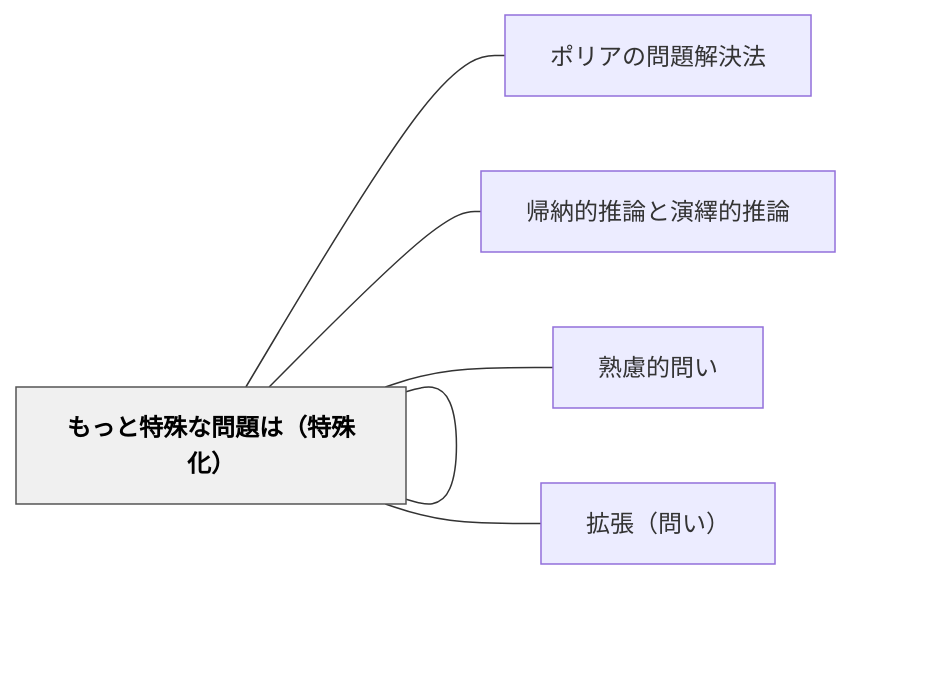
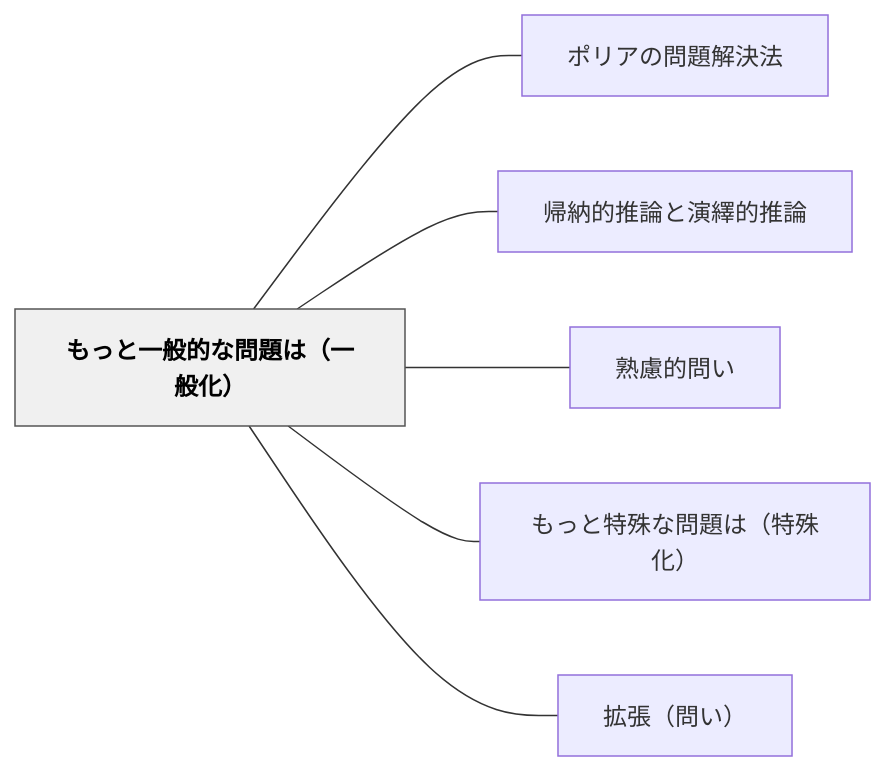
One commit to unknownthings-ed-patterns/unknownthings-ed-patterns changed the diagram in content/パタン/もっと一般的な問題は（一般化）.md. Above: the diagram before and after it, drawn with Mermaid. The commit also changed 527 other files, not shown here.

````diff
--- a/content/パタン/もっと一般的な問題は（一般化）.md
+++ b/content/パタン/もっと一般的な問題は（一般化）.md
@@ -54,18 +54,18 @@
 ```mermaid
 flowchart LR
-    ne38282e381a3["もっと一般的な問題は（一般化）"]
-    ne3839de383aa["ポリアの問題解決法"]
-    ne5b8b0e7b48d["帰納的推論と演繹的推論"]
-    ne7869fe685ae["熟慮的問い"]
-    ne38282e381a3["もっと特殊な問題は（特殊化）"]
-    ne68ba1e5bcb5["拡張（問い）"]
+    ne38282e381a3e381a8e4b880e888ace79a84e381aae5958fe9a18ce381afefbc88e4b880e888ace58c96efbc89["もっと一般的な問題は（一般化）"]
+    ne3839de383aae382a2e381aee5958fe9a18ce8a7a3e6b1bae6b395["ポリアの問題解決法"]
+    ne5b8b0e7b48de79a84e68ea8e8ab96e381a8e6bc94e7b9b9e79a84e68ea8e8ab96["帰納的推論と演繹的推論"]
+    ne7869fe685aee79a84e5958fe38184["熟慮的問い"]
+    ne38282e381a3e381a8e789b9e6ae8ae381aae5958fe9a18ce381afefbc88e789b9e6ae8ae58c96efbc89["もっと特殊な問題は（特殊化）"]
+    ne68ba1e5bcb5efbc88e5958fe38184efbc89["拡張（問い）"]
 
-    ne38282e381a3 --- ne3839de383aa
-    ne38282e381a3 --- ne5b8b0e7b48d
-    ne38282e381a3 --- ne7869fe685ae
-    ne38282e381a3 --- ne38282e381a3
-    ne38282e381a3 --- ne68ba1e5bcb5
+    ne38282e381a3e381a8e4b880e888ace79a84e381aae5958fe9a18ce381afefbc88e4b880e888ace58c96efbc89 --- ne3839de383aae382a2e381aee5958fe9a18ce8a7a3e6b1bae6b395
+    ne38282e381a3e381a8e4b880e888ace79a84e381aae5958fe9a18ce381afefbc88e4b880e888ace58c96efbc89 --- ne5b8b0e7b48de79a84e68ea8e8ab96e381a8e6bc94e7b9b9e79a84e68ea8e8ab96
+    ne38282e381a3e381a8e4b880e888ace79a84e381aae5958fe9a18ce381afefbc88e4b880e888ace58c96efbc89 --- ne7869fe685aee79a84e5958fe38184
+    ne38282e381a3e381a8e4b880e888ace79a84e381aae5958fe9a18ce381afefbc88e4b880e888ace58c96efbc89 --- ne38282e381a3e381a8e789b9e6ae8ae381aae5958fe9a18ce381afefbc88e789b9e6ae8ae58c96efbc89
+    ne38282e381a3e381a8e4b880e888ace79a84e381aae5958fe9a18ce381afefbc88e4b880e888ace58c96efbc89 --- ne68ba1e5bcb5efbc88e5958fe38184efbc89
 
     classDef hub fill:#f0f0f0,stroke:#555,color:#000,font-weight:bold
-    class ne38282e381a3 hub
+    class ne38282e381a3e381a8e4b880e888ace79a84e381aae5958fe9a18ce381afefbc88e4b880e888ace58c96efbc89 hub
 ```
````
